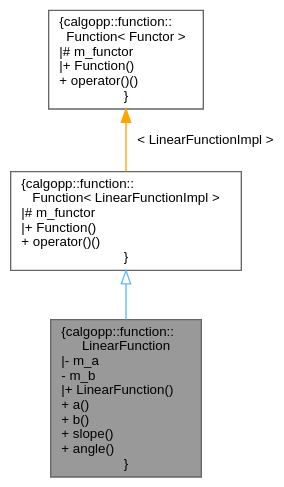
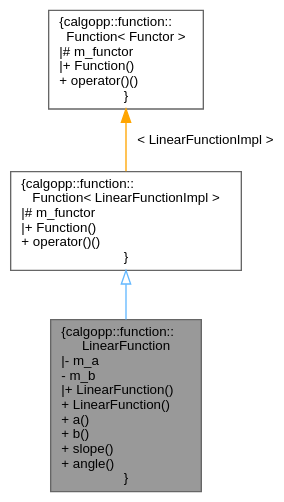
One commit to pawelekg95/algopp changed the diagram in classcalgopp_1_1function_1_1LinearFunction__inherit__graph.dot. Above: the diagram before and after it, drawn with Graphviz. The commit also changed 26 other files, not shown here.

```diff
--- a/classcalgopp_1_1function_1_1LinearFunction__inherit__graph.dot
+++ b/classcalgopp_1_1function_1_1LinearFunction__inherit__graph.dot
@@ -1,12 +1,12 @@
 digraph "calgopp::function::LinearFunction"
 {
  // LATEX_PDF_SIZE
   bgcolor="transparent";
   edge [fontname=Helvetica,fontsize=10,labelfontname=Helvetica,labelfontsize=10];
   node [fontname=Helvetica,fontsize=10,shape=box,height=0.2,width=0.4];
-  Node1 [label="{calgopp::function::\lLinearFunction\n|- m_a\l- m_b\l|+ LinearFunction()\l+ a()\l+ b()\l+ slope()\l+ angle()\l}",height=0.2,width=0.4,color="gray40", fillcolor="grey60", style="filled", fontcolor="black",tooltip=" "];
+  Node1 [label="{calgopp::function::\lLinearFunction\n|- m_a\l- m_b\l|+ LinearFunction()\l+ LinearFunction()\l+ a()\l+ b()\l+ slope()\l+ angle()\l}",height=0.2,width=0.4,color="gray40", fillcolor="grey60", style="filled", fontcolor="black",tooltip=" "];
   Node2 -> Node1 [dir="back",color="steelblue1",style="solid",arrowtail="onormal"];
   Node2 [label="{calgopp::function::\lFunction\< LinearFunctionImpl \>\n|# m_functor\l|+ Function()\l+ operator()()\l}",height=0.2,width=0.4,color="gray40", fillcolor="white", style="filled",URL="$classcalgopp_1_1function_1_1Function.html",tooltip=" "];
   Node3 -> Node2 [dir="back",color="orange",style="solid",label=" \< LinearFunctionImpl \>" ];
   Node3 [label="{calgopp::function::\lFunction\< Functor \>\n|# m_functor\l|+ Function()\l+ operator()()\l}",height=0.2,width=0.4,color="gray40", fillcolor="white", style="filled",URL="$classcalgopp_1_1function_1_1Function.html",tooltip=" "];
 }
```
